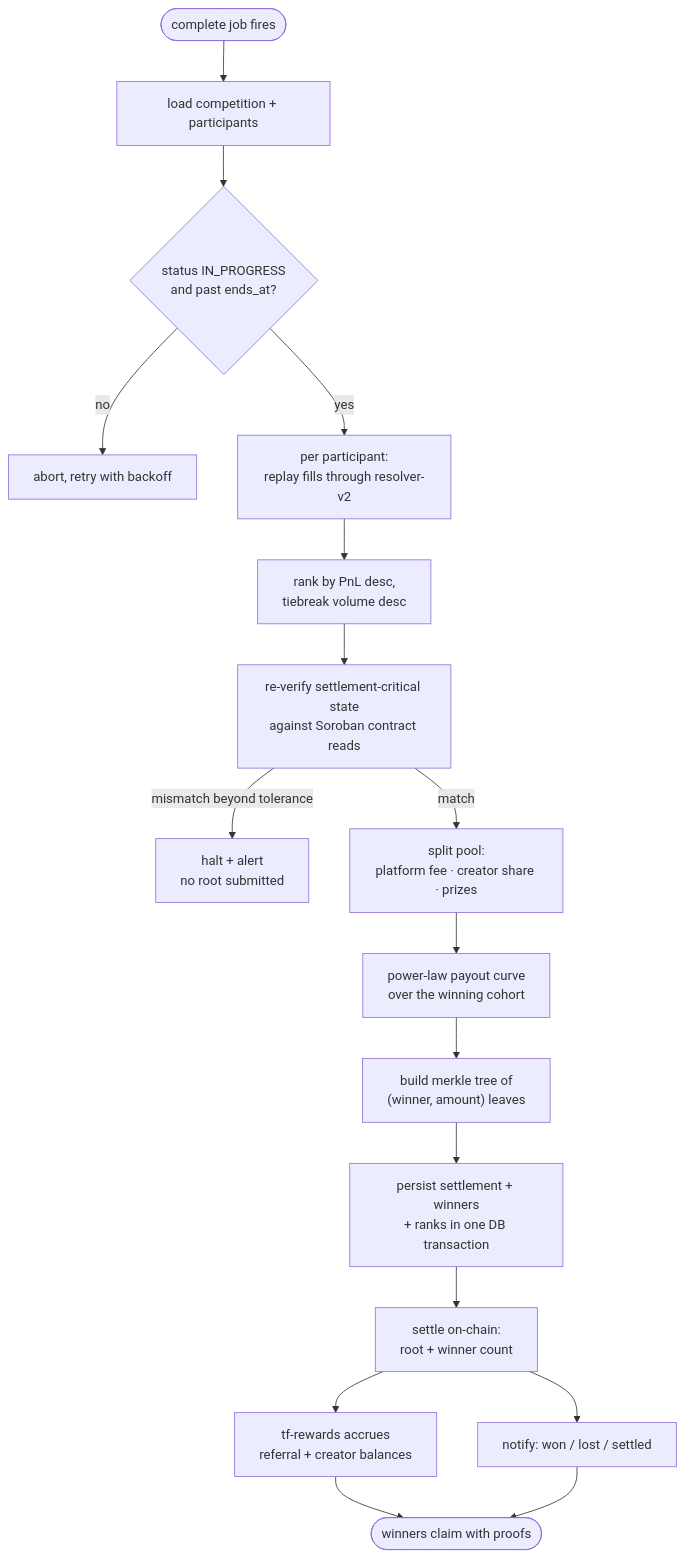
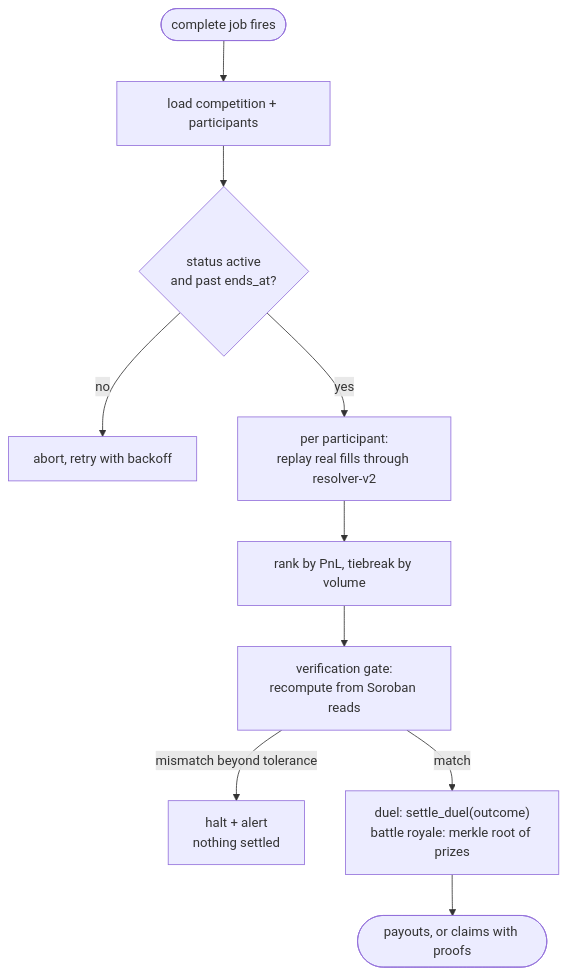
Before and after one commit to tradefighters/stellar-integration: the sixth of 7 diagrams in docs/ARCHITECTURE.md, drawn with Mermaid. The commit also changed other lines of this file and 6 other files, not shown here.

````diff
--- a/docs/ARCHITECTURE.md
+++ b/docs/ARCHITECTURE.md
@@ -238,19 +367,12 @@
 ```mermaid
 flowchart TB
     START(["complete job fires"]) --> FETCH["load competition + participants"]
-    FETCH --> GUARD{"status IN_PROGRESS<br/>and past ends_at?"}
+    FETCH --> GUARD{"status active<br/>and past ends_at?"}
     GUARD -->|no| ABORT["abort, retry with backoff"]
-    GUARD -->|yes| PNL["per participant:<br/>replay fills through resolver-v2"]
-    PNL --> RANK["rank by PnL desc,<br/>tiebreak volume desc"]
-    RANK --> XCHK["re-verify settlement-critical state<br/>against Soroban contract reads"]
-    XCHK -->|mismatch beyond tolerance| HALT["halt + alert<br/>no root submitted"]
-    XCHK -->|match| SPLIT["split pool:<br/>platform fee · creator share · prizes"]
-    SPLIT --> CURVE["power-law payout curve<br/>over the winning cohort"]
-    CURVE --> TREE["build merkle tree of<br/>(winner, amount) leaves"]
-    TREE --> PERSIST["persist settlement + winners<br/>+ ranks in one DB transaction"]
-    PERSIST --> ONCHAIN["settle on-chain:<br/>root + winner count"]
-    ONCHAIN --> ACCRUE["tf-rewards accrues<br/>referral + creator balances"]
-    ONCHAIN --> NOTIFY["notify: won / lost / settled"]
-    ACCRUE --> DONE(["winners claim with proofs"])
-    NOTIFY --> DONE
+    GUARD -->|yes| PNL["per participant:<br/>replay real fills through resolver-v2"]
+    PNL --> RANK["rank by PnL, tiebreak by volume"]
+    RANK --> XCHK["verification gate:<br/>recompute from Soroban reads"]
+    XCHK -->|mismatch beyond tolerance| HALT["halt + alert<br/>nothing settled"]
+    XCHK -->|match| SETTLE["duel: settle_duel(outcome)<br/>battle royale: merkle root of prizes"]
+    SETTLE --> DONE(["payouts, or claims with proofs"])
 ```
````
